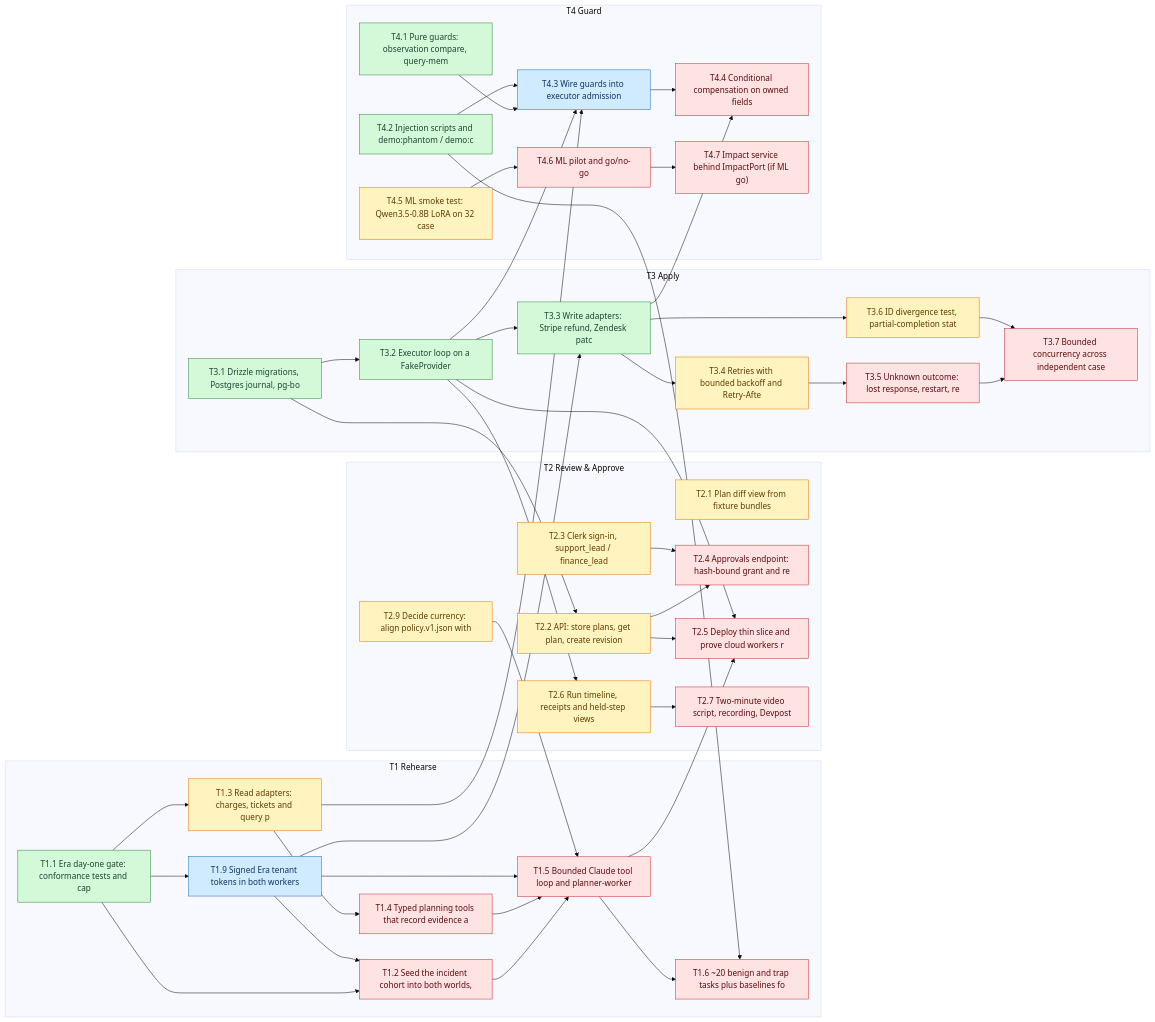
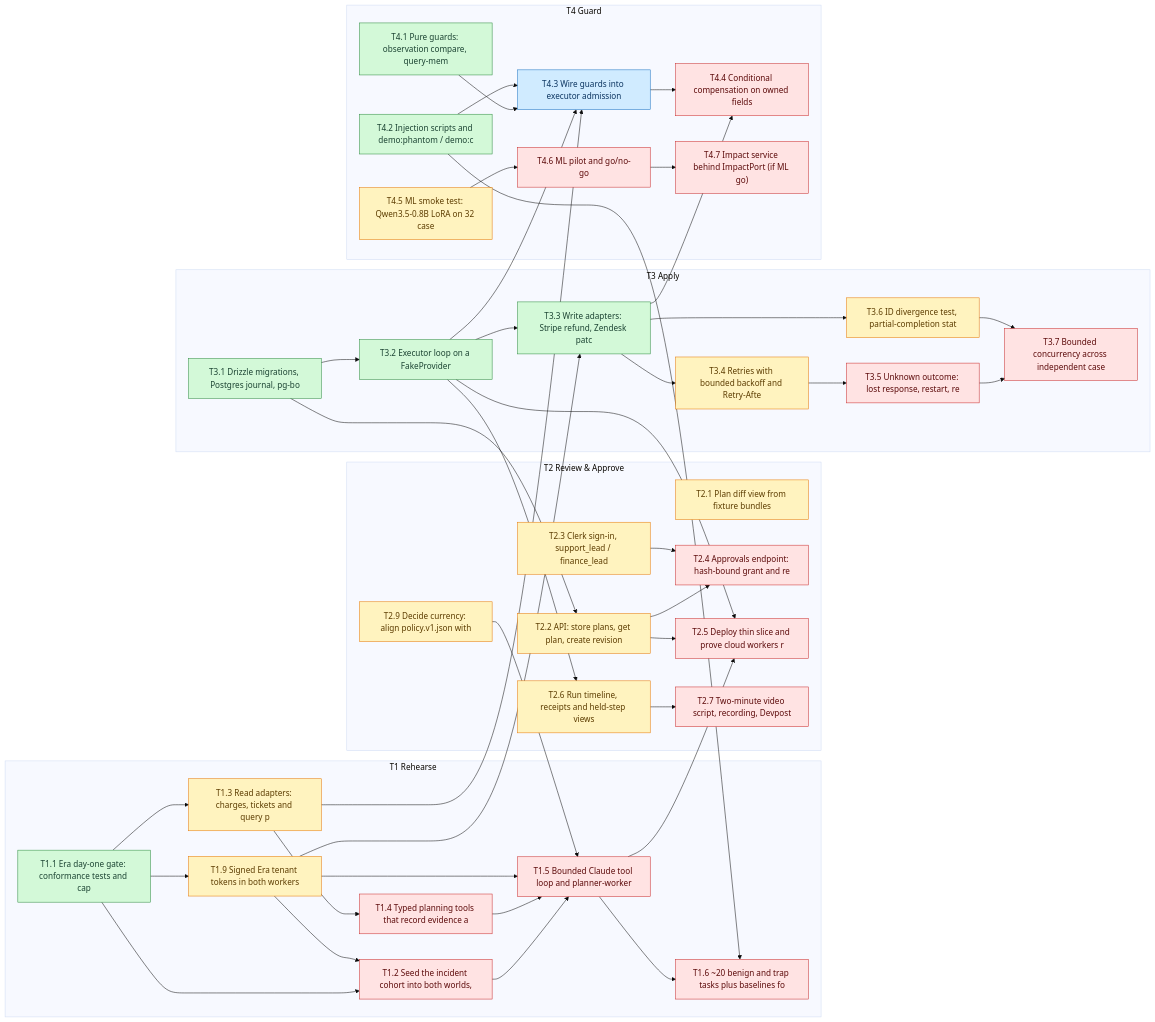
One commit to SoroushRF/Rehearsal changed the diagram in BLOCKERS.md. Above: the diagram before and after it, drawn with Mermaid (base theme). The commit also changed other lines of this file, not shown here.

````diff
--- a/BLOCKERS.md
+++ b/BLOCKERS.md
@@ -84,80 +84,80 @@
 ```mermaid
 flowchart LR
   classDef done fill:#d3f9d8,stroke:#2b8a3e,color:#1b4332
   classDef review fill:#d0ebff,stroke:#1971c2,color:#0b3460
   classDef progress fill:#e5dbff,stroke:#5f3dc4,color:#2b1a66
   classDef ready fill:#fff3bf,stroke:#e67700,color:#5c3c00
   classDef blocked fill:#ffe3e3,stroke:#c92a2a,color:#5c0a0a
   subgraph T1[T1 Rehearse]
     T1_1["T1.1 Era day-one gate: conformance tests and cap"]:::done
     T1_2["T1.2 Seed the incident cohort into both worlds, "]:::blocked
     T1_3["T1.3 Read adapters: charges, tickets and query p"]:::ready
     T1_4["T1.4 Typed planning tools that record evidence a"]:::blocked
     T1_5["T1.5 Bounded Claude tool loop and planner-worker"]:::blocked
     T1_6["T1.6 ~20 benign and trap tasks plus baselines fo"]:::blocked
-    T1_9["T1.9 Signed Era tenant tokens in both workers"]:::review
+    T1_9["T1.9 Signed Era tenant tokens in both workers"]:::ready
   end
   subgraph T2[T2 Review & Approve]
     T2_1["T2.1 Plan diff view from fixture bundles"]:::ready
     T2_2["T2.2 API: store plans, get plan, create revision"]:::ready
     T2_3["T2.3 Clerk sign-in, support_lead / finance_lead "]:::ready
     T2_4["T2.4 Approvals endpoint: hash-bound grant and re"]:::blocked
     T2_5["T2.5 Deploy thin slice and prove cloud workers r"]:::blocked
     T2_6["T2.6 Run timeline, receipts and held-step views "]:::ready
     T2_7["T2.7 Two-minute video script, recording, Devpost"]:::blocked
     T2_9["T2.9 Decide currency: align policy.v1.json with "]:::ready
   end
   subgraph T3[T3 Apply]
     T3_1["T3.1 Drizzle migrations, Postgres journal, pg-bo"]:::done
     T3_2["T3.2 Executor loop on a FakeProvider"]:::done
     T3_3["T3.3 Write adapters: Stripe refund, Zendesk patc"]:::done
     T3_4["T3.4 Retries with bounded backoff and Retry-Afte"]:::ready
     T3_5["T3.5 Unknown outcome: lost response, restart, re"]:::blocked
     T3_6["T3.6 ID divergence test, partial-completion stat"]:::ready
     T3_7["T3.7 Bounded concurrency across independent case"]:::blocked
   end
   subgraph T4[T4 Guard]
     T4_1["T4.1 Pure guards: observation compare, query-mem"]:::done
     T4_2["T4.2 Injection scripts and demo:phantom / demo:c"]:::done
     T4_3["T4.3 Wire guards into executor admission"]:::review
     T4_4["T4.4 Conditional compensation on owned fields"]:::blocked
     T4_5["T4.5 ML smoke test: Qwen3.5-0.8B LoRA on 32 case"]:::ready
     T4_6["T4.6 ML pilot and go/no-go"]:::blocked
     T4_7["T4.7 Impact service behind ImpactPort (if ML go)"]:::blocked
   end
   T1_1 --> T1_2
   T1_9 --> T1_2
   T1_1 --> T1_3
   T1_3 --> T1_4
   T1_2 --> T1_5
   T1_4 --> T1_5
   T1_9 --> T1_5
   T2_9 --> T1_5
   T1_5 --> T1_6
   T4_2 --> T1_6
   T1_1 --> T1_9
   T3_1 --> T2_2
   T2_2 --> T2_4
   T2_3 --> T2_4
   T2_2 --> T2_5
   T1_5 --> T2_5
   T3_2 --> T2_5
   T3_2 --> T2_6
   T2_6 --> T2_7
   T3_1 --> T3_2
   T3_2 --> T3_3
   T1_9 --> T3_3
   T3_3 --> T3_4
   T3_4 --> T3_5
   T3_3 --> T3_6
   T3_5 --> T3_7
   T3_6 --> T3_7
   T4_1 --> T4_3
   T4_2 --> T4_3
   T3_2 --> T4_3
   T1_3 --> T4_3
   T4_3 --> T4_4
   T3_3 --> T4_4
   T4_5 --> T4_6
   T4_6 --> T4_7
 ```
````
